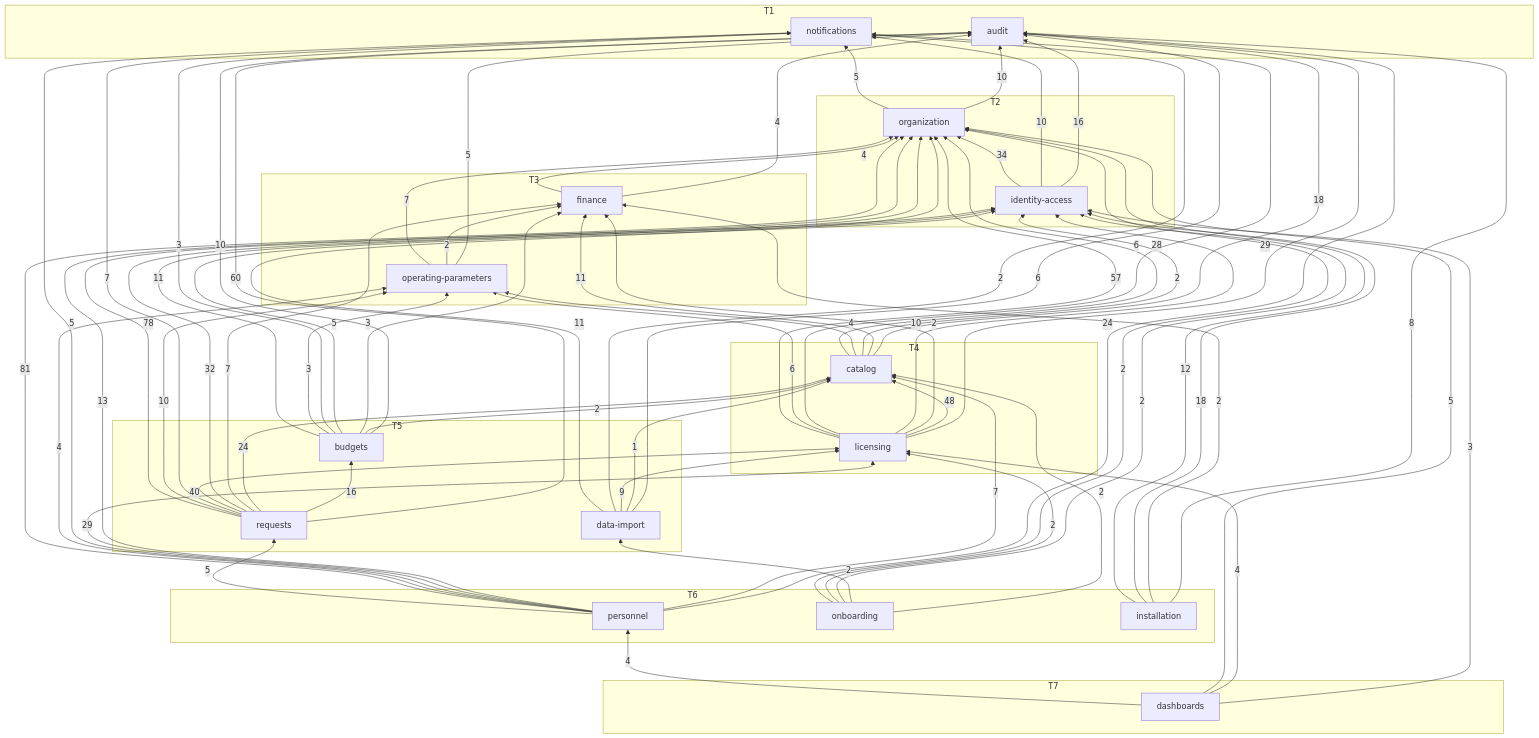
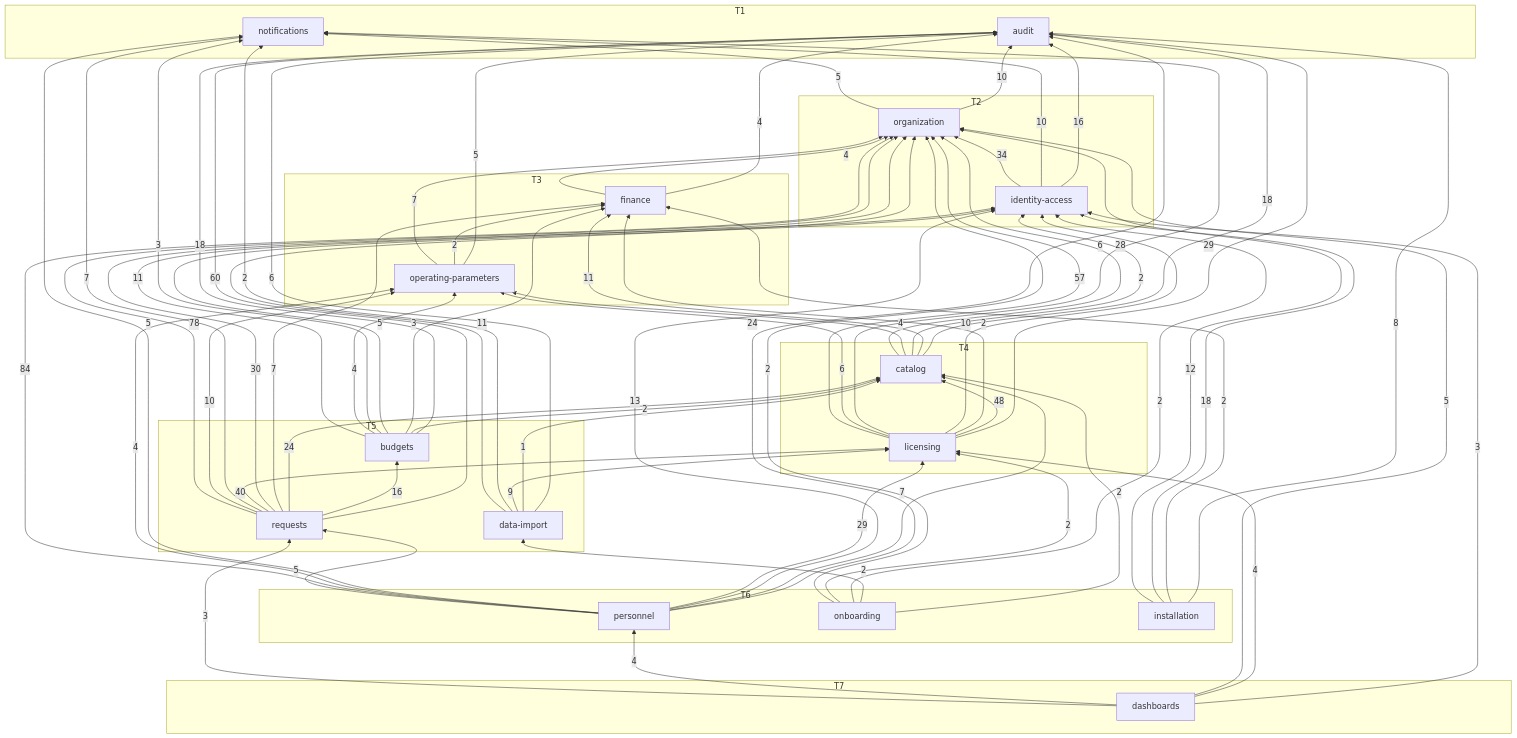
The diagram in docs/generated/module-graph.md (WDP301-FA26-GR8/BE), drawn with Mermaid before and after one commit. The commit also changed other lines of this file and 287 other files, not shown here.

```diff
--- a/docs/generated/module-graph.md
+++ b/docs/generated/module-graph.md
@@ -34,12 +34,12 @@
   subgraph T7["T7"]
     dashboards["dashboards"]
   end
-  budgets -->|10| audit
+  budgets -->|18| audit
   budgets -->|2| catalog
   budgets -->|3| finance
   budgets -->|5| identity_access
   budgets -->|3| notifications
-  budgets -->|3| operating_parameters
+  budgets -->|4| operating_parameters
   budgets -->|11| organization
   catalog -->|18| audit
   catalog -->|11| finance
@@ -50,6 +50,7 @@
   dashboards -->|4| licensing
   dashboards -->|5| organization
   dashboards -->|4| personnel
+  dashboards -->|3| requests
   data_import -->|6| audit
   data_import -->|1| catalog
   data_import -->|9| licensing
@@ -87,13 +88,13 @@
   personnel -->|29| licensing
   personnel -->|5| notifications
   personnel -->|4| operating_parameters
-  personnel -->|81| organization
+  personnel -->|84| organization
   personnel -->|5| requests
   requests -->|60| audit
   requests -->|16| budgets
   requests -->|24| catalog
   requests -->|7| finance
-  requests -->|32| identity_access
+  requests -->|30| identity_access
   requests -->|40| licensing
   requests -->|7| notifications
   requests -->|10| operating_parameters
```
